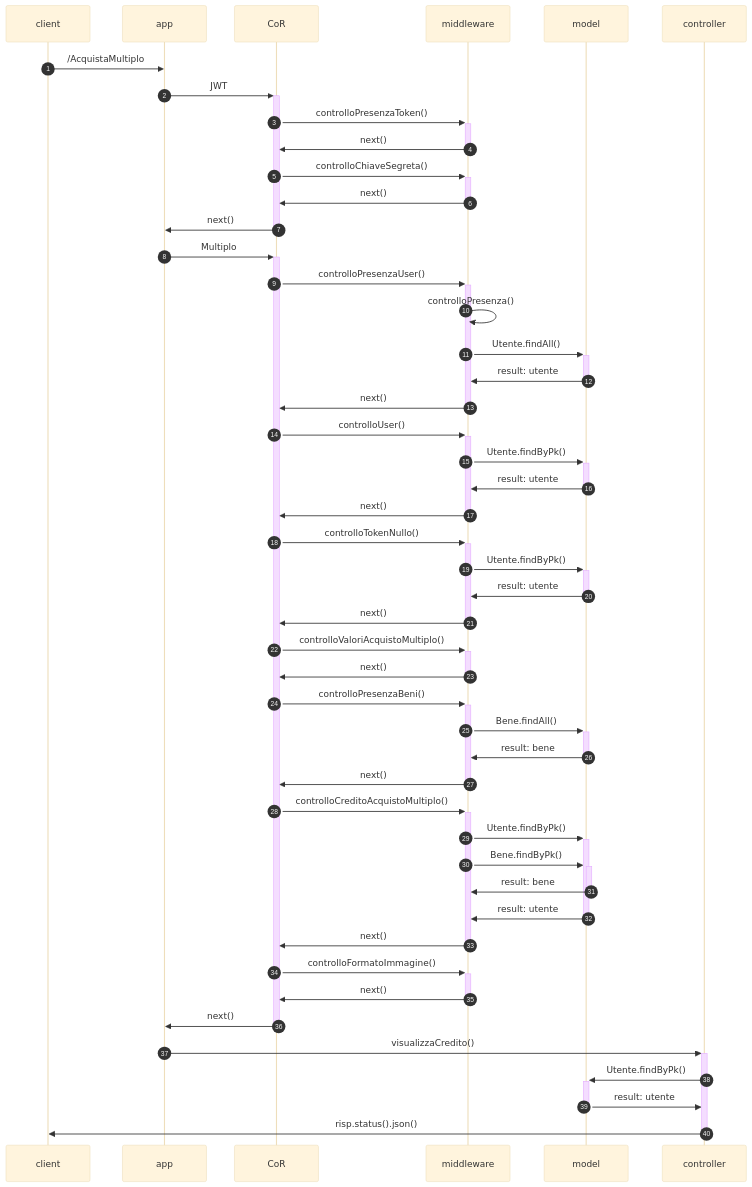
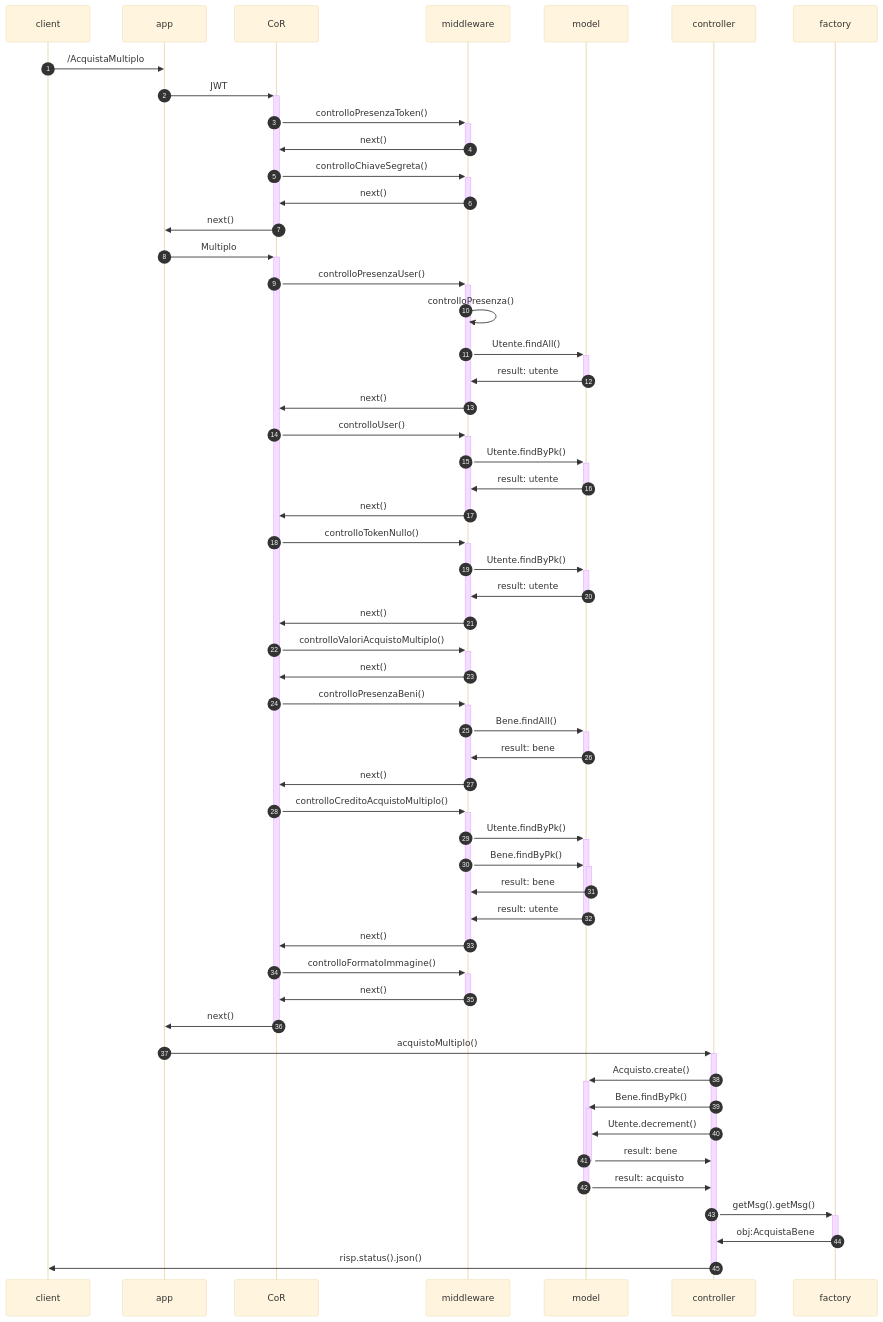
The eighth of 12 diagrams in README.md (MargheritaGaleazzi/AcquistoBeniStorici-Progetto-PA), drawn with Mermaid (base theme) before and after one commit.

````diff
--- a/README.md
+++ b/README.md
@@ -528,44 +528,49 @@
 ```mermaid
 sequenceDiagram
 autonumber
 client ->> app: /AcquistaMultiplo
 app ->>+ CoR: JWT
 CoR ->>+ middleware: controlloPresenzaToken()
 middleware ->>- CoR:  next()
 CoR ->>+ middleware: controlloChiaveSegreta()
 middleware ->>- CoR:  next()
 CoR ->>- app : next()
 app ->>+ CoR: Multiplo
 CoR ->>+ middleware: controlloPresenzaUser()
 middleware ->> middleware: controlloPresenza()
 middleware ->>+ model: Utente.findAll()
 model ->>- middleware: result: utente
 middleware ->>- CoR:  next()
 CoR ->>+ middleware: controlloUser()
 middleware ->>+ model: Utente.findByPk()
 model ->>- middleware: result: utente
 middleware ->>- CoR:  next()
 CoR ->>+ middleware: controlloTokenNullo()
 middleware ->>+ model: Utente.findByPk()
 model ->>- middleware: result: utente
 middleware ->>- CoR:  next()
 CoR ->>+ middleware: controlloValoriAcquistoMultiplo()
 middleware ->>- CoR:  next()
 CoR ->>+ middleware:  controlloPresenzaBeni()
 middleware ->>+ model: Bene.findAll()
 model ->>- middleware: result: bene
 middleware ->>- CoR:  next()
 CoR ->>+ middleware:  controlloCreditoAcquistoMultiplo()
 middleware ->>+ model: Utente.findByPk()
 middleware ->>+ model: Bene.findByPk()
 model ->>- middleware: result: bene
 model ->>- middleware: result: utente
 middleware ->>- CoR:  next()
 CoR ->>+ middleware: controlloFormatoImmagine()
 middleware ->>- CoR:  next()
 CoR ->>- app : next()
-app ->>+ controller: visualizzaCredito()
-controller ->>+ model: Utente.findByPk()
-model ->>- controller: result: utente
+app ->>+ controller: acquistoMultiplo()
+controller ->>+ model : Acquisto.create()
+controller ->>+ model : Bene.findByPk()
+controller ->> model : Utente.decrement()
+model ->>- controller : result: bene
+model ->>- controller : result: acquisto
+controller ->>+ factory : getMsg().getMsg()
+factory ->>- controller: obj:AcquistaBene
 controller ->>- client:  risp.status().json()
 ```
````
